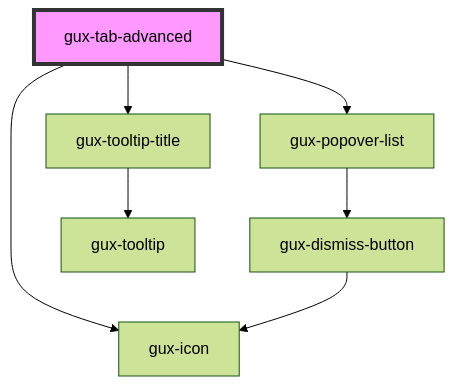
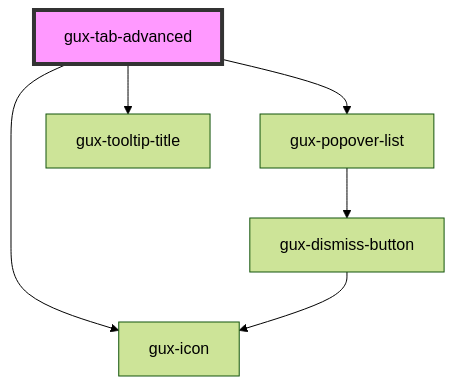
One commit to MyPureCloud/genesys-spark changed the diagram in src/components/stable/gux-tabs-advanced/gux-tab-advanced/readme.md. Above: the diagram before and after it, drawn with Mermaid (forest theme). The commit also changed 6 other files, not shown here.

Commit message:
fix(gux-tooltip-title): gux-advanced tabs tooltip sort issue

````diff
--- a/src/components/stable/gux-tabs-advanced/gux-tab-advanced/readme.md
+++ b/src/components/stable/gux-tabs-advanced/gux-tab-advanced/readme.md
@@ -66,10 +66,9 @@
 ```mermaid
 graph TD;
   gux-tab-advanced --> gux-icon
   gux-tab-advanced --> gux-popover-list
   gux-tab-advanced --> gux-tooltip-title
   gux-popover-list --> gux-dismiss-button
   gux-dismiss-button --> gux-icon
-  gux-tooltip-title --> gux-tooltip
   style gux-tab-advanced fill:#f9f,stroke:#333,stroke-width:4px
 ```
````
